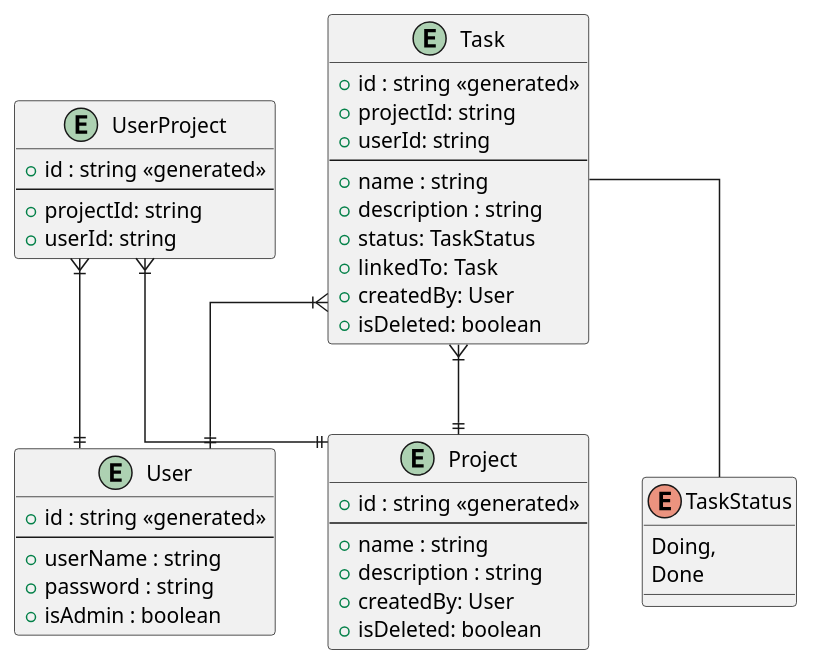
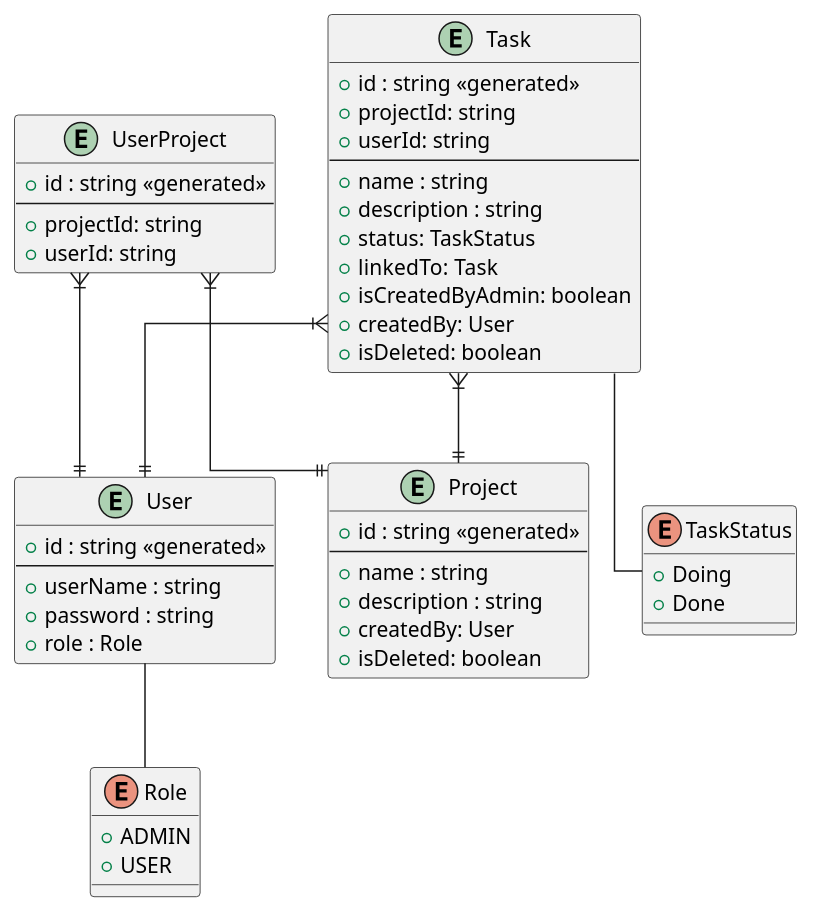
One commit to btsangk20/Todo-List-Back-End changed the diagram in todo-app/diagrams/ERD.wsd. Above: the diagram before and after it, drawn with PlantUML. The commit also changed 9 other files, not shown here.

```diff
--- a/todo-app/diagrams/ERD.wsd
+++ b/todo-app/diagrams/ERD.wsd
@@ -1,56 +1,64 @@
 @startuml Todo-List
 
 ' avoid problems with angled crows feet
 skinparam linetype ortho
 
 entity Project {
 + id : string <<generated>>
 --
 + name : string
 + description : string
 + createdBy: User
 + isDeleted: boolean
 }
 
 entity User { 
 + id : string <<generated>>
 --
 + userName : string
 + password : string
-+ isAdmin : boolean
++ role : Role
 }
+
+enum Role {
++ ADMIN
++ USER
+}
+
+User -- Role
 
 entity Task {
 + id : string <<generated>>
 + projectId: string
 + userId: string
 --
 + name : string
 + description : string
 + status: TaskStatus
 + linkedTo: Task
++ isCreatedByAdmin: boolean
 + createdBy: User
 + isDeleted: boolean
 }
 
 Task--TaskStatus
 
 enum TaskStatus {
-    Doing,
-    Done
++Doing
++Done
 }
 
 entity UserProject {
 + id : string <<generated>>
 --
 + projectId: string
 + userId: string
 }
 
 UserProject }|--|| User
 UserProject }|--|| Project
 
 Task }|--|| Project
 Task }|--|| User
 
 @enduml
```
